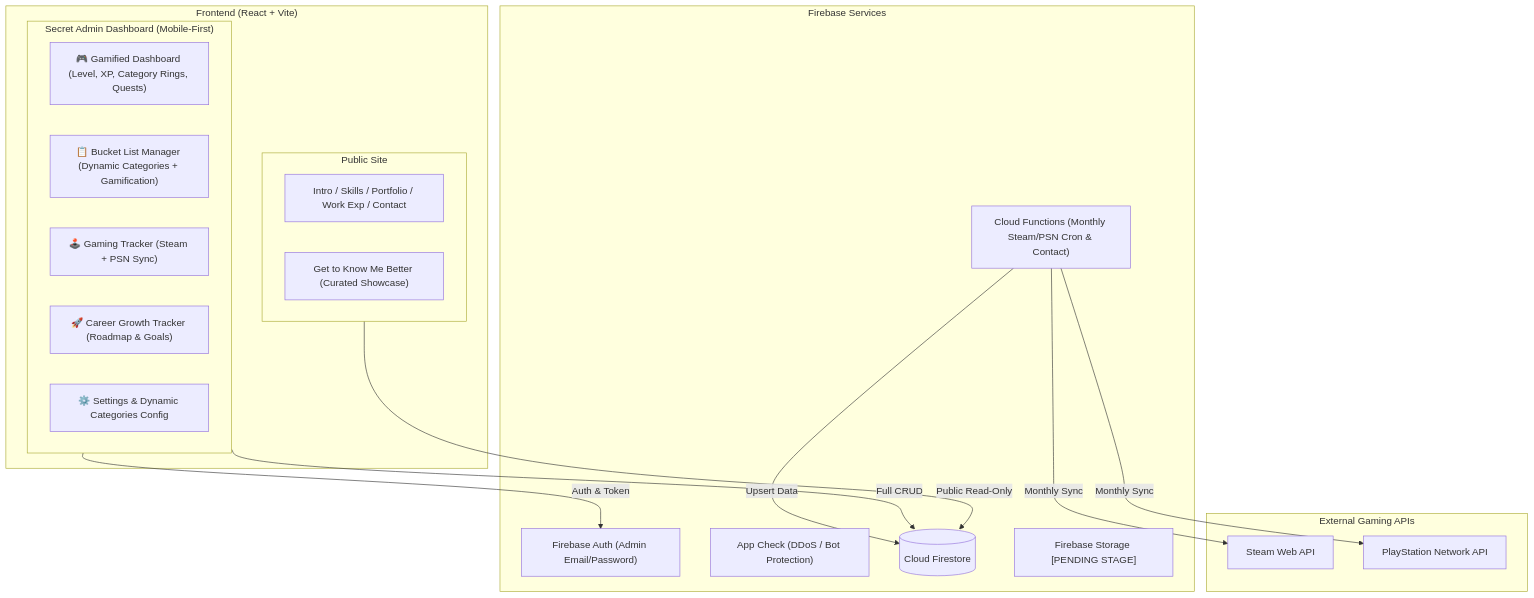
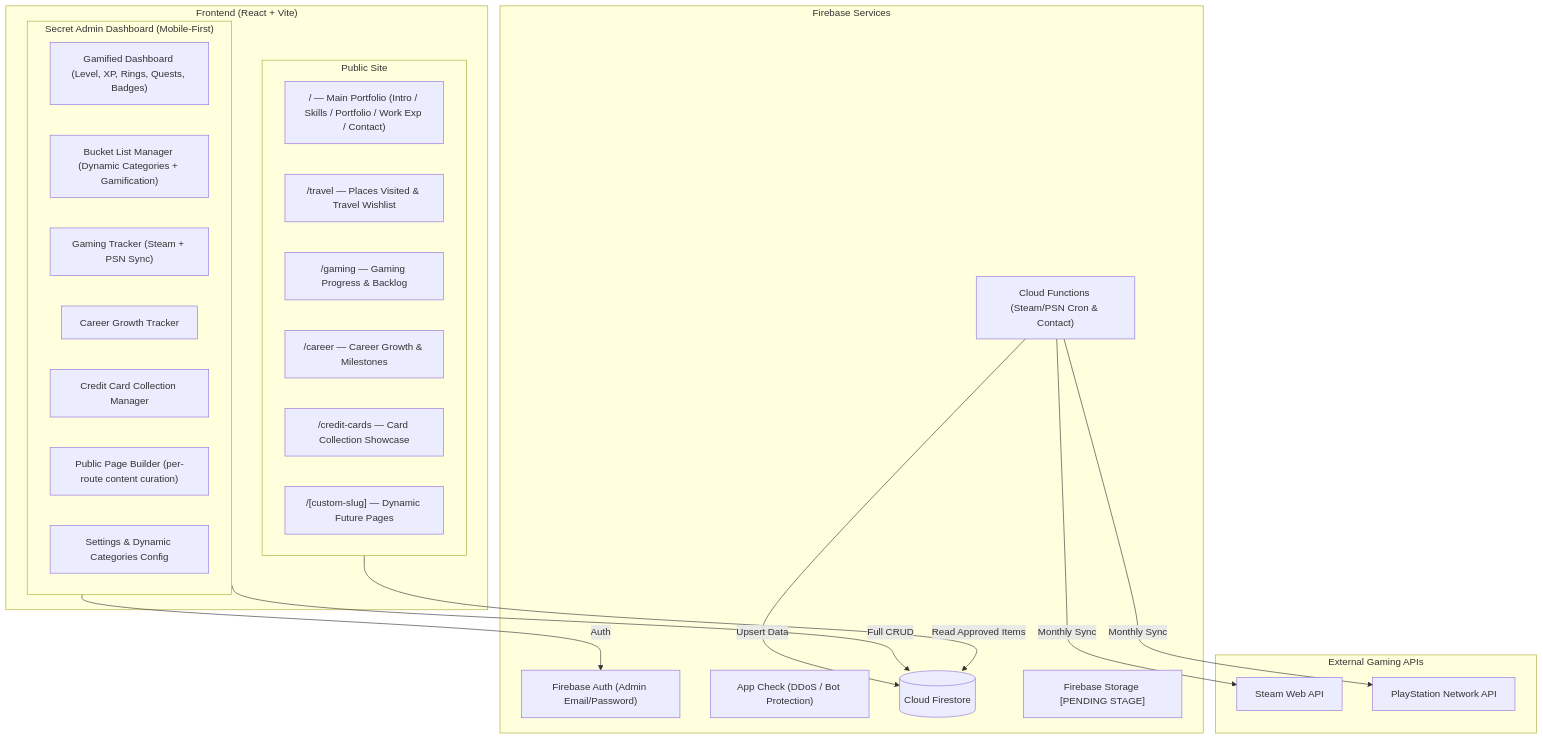
One commit to sonitmehr/sonit-portfolio changed the diagram in IMPLEMENTATION_PLAN.md. Above: the diagram before and after it, drawn with Mermaid. The commit also changed other lines of this file, not shown here.

Commit message:
docs: add route-based public pages architecture and credit card collection tracker

````diff
--- a/IMPLEMENTATION_PLAN.md
+++ b/IMPLEMENTATION_PLAN.md
@@ -84,36 +86,42 @@
 ```mermaid
 flowchart TD
   subgraph Frontend ["Frontend (React + Vite)"]
     subgraph Public ["Public Site"]
-      P1["Intro / Skills / Portfolio / Work Exp / Contact"]
-      P2["Get to Know Me Better (Curated Showcase)"]
+      P0["/ — Main Portfolio (Intro / Skills / Portfolio / Work Exp / Contact)"]
+      P1["/travel — Places Visited & Travel Wishlist"]
+      P2["/gaming — Gaming Progress & Backlog"]
+      P3["/career — Career Growth & Milestones"]
+      P4["/credit-cards — Card Collection Showcase"]
+      PX["/[custom-slug] — Dynamic Future Pages"]
     end
     subgraph Admin ["Secret Admin Dashboard (Mobile-First)"]
-      A1["🎮 Gamified Dashboard (Level, XP, Category Rings, Quests)"]
-      A2["📋 Bucket List Manager (Dynamic Categories + Gamification)"]
-      A3["🕹️ Gaming Tracker (Steam + PSN Sync)"]
-      A4["🚀 Career Growth Tracker (Roadmap & Goals)"]
-      A5["⚙️ Settings & Dynamic Categories Config"]
+      A1["Gamified Dashboard (Level, XP, Rings, Quests, Badges)"]
+      A2["Bucket List Manager (Dynamic Categories + Gamification)"]
+      A3["Gaming Tracker (Steam + PSN Sync)"]
+      A4["Career Growth Tracker"]
+      A5["Credit Card Collection Manager"]
+      A6["Public Page Builder (per-route content curation)"]
+      A7["Settings & Dynamic Categories Config"]
     end
   end
 
   subgraph Firebase ["Firebase Services"]
     Auth["Firebase Auth (Admin Email/Password)"]
     AppCheck["App Check (DDoS / Bot Protection)"]
     Firestore[("Cloud Firestore")]
-    Functions["Cloud Functions (Monthly Steam/PSN Cron & Contact)"]
+    Functions["Cloud Functions (Steam/PSN Cron & Contact)"]
     Storage["Firebase Storage [PENDING STAGE]"]
   end
 
   subgraph External ["External Gaming APIs"]
     Steam["Steam Web API"]
     PSN["PlayStation Network API"]
   end
 
   Admin -->|Full CRUD| Firestore
-  Public -->|Public Read-Only| Firestore
-  Admin -->|Auth & Token| Auth
+  Public -->|Read Approved Items| Firestore
+  Admin -->|Auth| Auth
   Functions -->|Monthly Sync| Steam
   Functions -->|Monthly Sync| PSN
   Functions -->|Upsert Data| Firestore
 ```
````
